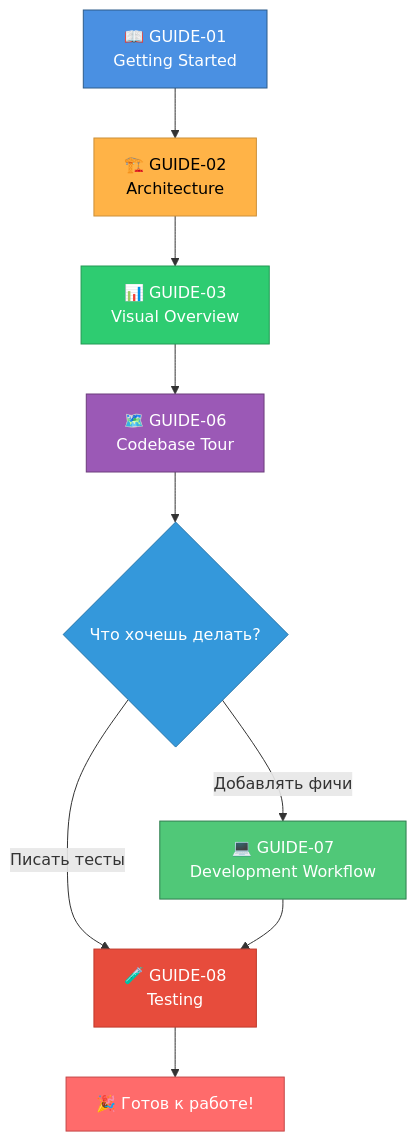
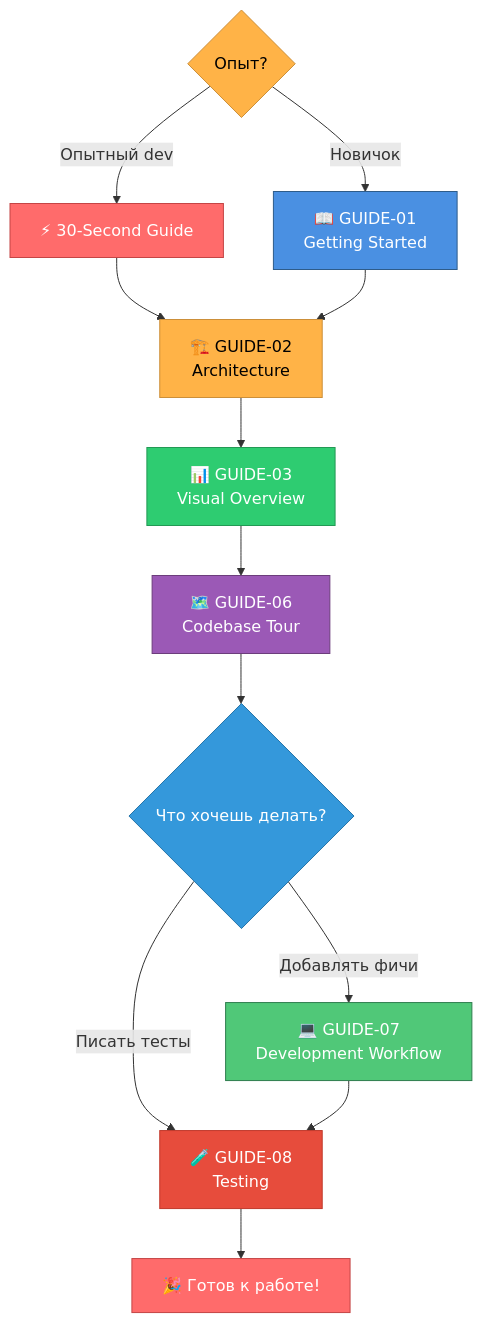
Before and after one commit to aidialogs/systech-aidd-live: the diagram in doc/guides/README.md, drawn with Mermaid. The commit also changed other lines of this file and 2 other files, not shown here.

Commit message:
Add 30-second onboarding guide and update docs

````diff
--- a/doc/guides/README.md
+++ b/doc/guides/README.md
@@ -154,20 +168,27 @@
 ```mermaid
 graph TD
-    A[📖 GUIDE-01<br/>Getting Started] --> B[🏗️ GUIDE-02<br/>Architecture]
+    Start{Опыт?}
+    Start -->|Опытный dev| Quick[⚡ 30-Second Guide]
+    Start -->|Новичок| A[📖 GUIDE-01<br/>Getting Started]
+    
+    Quick --> B
+    A --> B[🏗️ GUIDE-02<br/>Architecture]
     B --> C[📊 GUIDE-03<br/>Visual Overview]
     C --> D[🗺️ GUIDE-06<br/>Codebase Tour]
     D --> E{Что хочешь делать?}
     E -->|Добавлять фичи| F[💻 GUIDE-07<br/>Development Workflow]
     E -->|Писать тесты| G[🧪 GUIDE-08<br/>Testing]
     F --> G
     G --> H[🎉 Готов к работе!]
     
+    style Start fill:#FFB347,stroke:#CC8F39,color:#000
+    style Quick fill:#FF6B6B,stroke:#C44545,color:#FFF
     style A fill:#4A90E2,stroke:#2E5C8A,color:#FFF
     style B fill:#FFB347,stroke:#CC8F39,color:#000
     style C fill:#2ECC71,stroke:#229954,color:#FFF
     style D fill:#9B59B6,stroke:#6C3D7C,color:#FFF
     style E fill:#3498DB,stroke:#2574A9,color:#FFF
     style F fill:#50C878,stroke:#2E7D4E,color:#FFF
     style G fill:#E74C3C,stroke:#C0392B,color:#FFF
     style H fill:#FF6B6B,stroke:#C44545,color:#FFF
 ```
````
